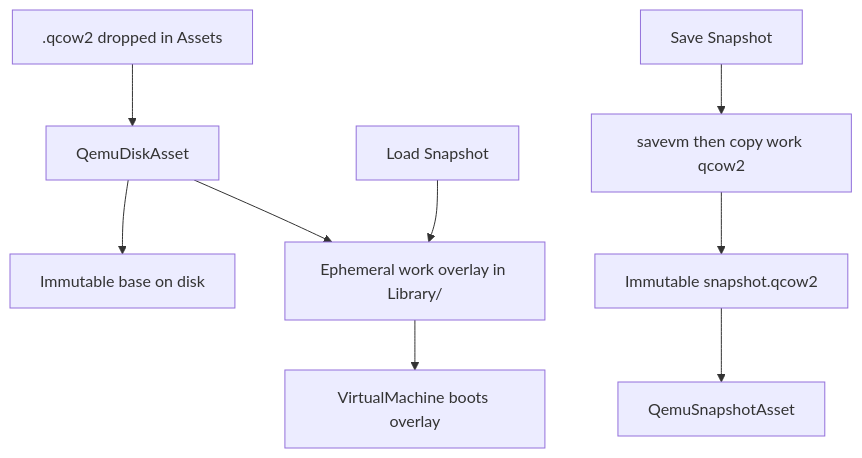
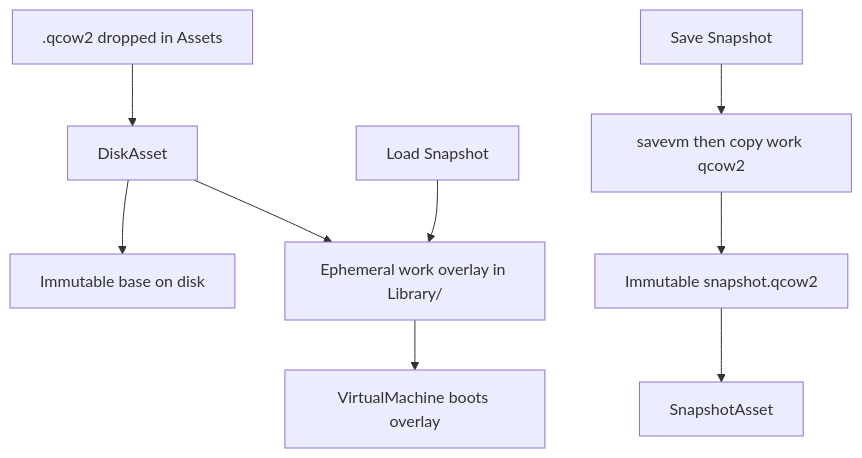
One commit to plunderludics/unityqemu changed the first of 2 diagrams in Packages/org.plunderludics.unityqemu/docs/disk-and-snapshots.md. Above: the diagram before and after it, drawn with Mermaid. The commit also changed other lines of this file and 27 other files, not shown here.

````diff
--- a/Packages/org.plunderludics.unityqemu/docs/disk-and-snapshots.md
+++ b/Packages/org.plunderludics.unityqemu/docs/disk-and-snapshots.md
@@ -226,11 +226,11 @@
 ```mermaid
 flowchart TD
-  qcowImport[".qcow2 dropped in Assets"] --> diskAsset["QemuDiskAsset"]
+  qcowImport[".qcow2 dropped in Assets"] --> diskAsset["DiskAsset"]
   diskAsset --> baseStore["Immutable base on disk"]
   diskAsset --> workOverlay["Ephemeral work overlay in Library/"]
   snapSave["Save Snapshot"] --> savevm["savevm then copy work qcow2"]
   savevm --> snapFile["Immutable snapshot.qcow2"]
-  snapFile --> snapAsset["QemuSnapshotAsset"]
+  snapFile --> snapAsset["SnapshotAsset"]
   snapLoad["Load Snapshot"] --> workOverlay
   workOverlay --> virtualMachine["VirtualMachine boots overlay"]
 ```
````
